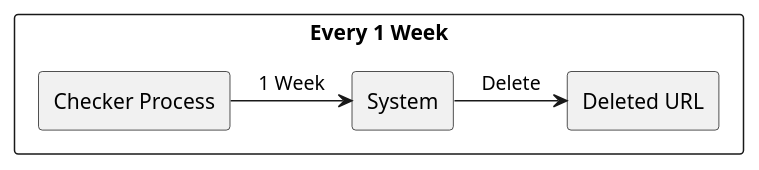
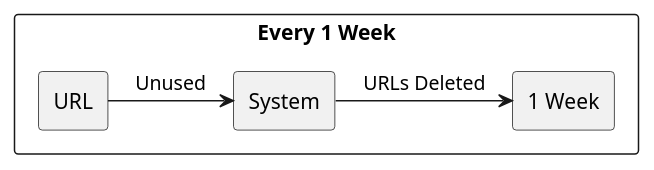
One commit to USI-MSDE-SA-2023/sa--edoriggio changed the sixth of 11 diagrams in src/sa/model/index.md. Above: the diagram before and after it, drawn with PlantUML. The commit also changed other lines of this file, not shown here.

````diff
--- a/src/sa/model/index.md
+++ b/src/sa/model/index.md
@@ -250,20 +251,20 @@
 ```puml
 @startuml
 
 skinparam componentStyle rectangle
 skinparam monochrome true
 skinparam shadowing false
 
 rectangle "Every 1 Week" {
 
-rectangle "Checker Process" as Source
-rectangle "Deleted URL" as Measure
+rectangle "URL" as Source
+rectangle "1 Week" as Measure
 
-Source -> [System] : "1 Week"
+Source -> [System] : "Unused"
 
-[System] -> [Measure] : "Delete"
+[System] -> [Measure] : "URLs Deleted"
 
 }
 
 @enduml
 ```
````
